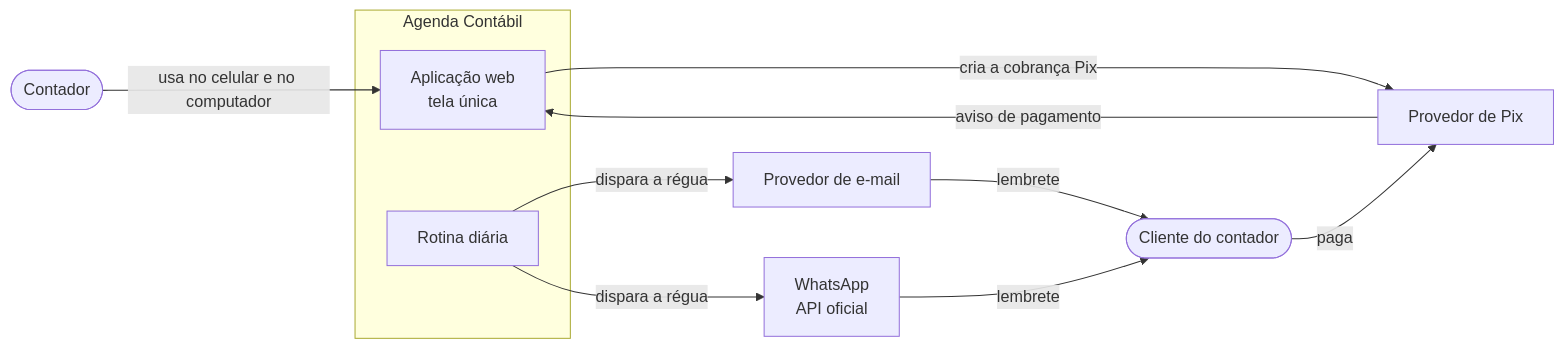
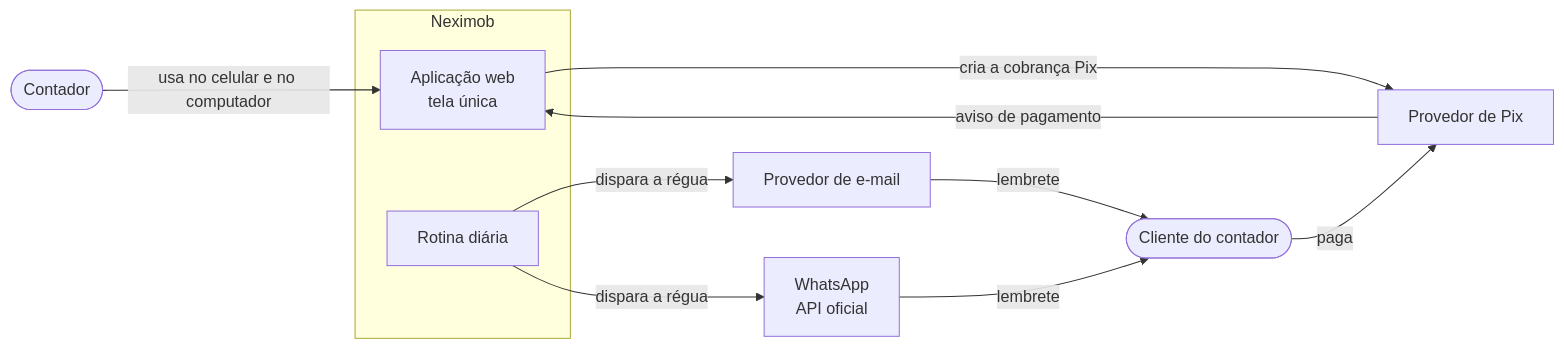
One commit to 77mdias/neximob changed the first of 2 diagrams in docs/SRS.md. Above: the diagram before and after it, drawn with Mermaid. The commit also changed other lines of this file and 15 other files, not shown here.

````diff
--- a/docs/SRS.md
+++ b/docs/SRS.md
@@ -87,21 +87,21 @@
 ```mermaid
 flowchart LR
     CONT(["Contador"])
     CLI(["Cliente do contador"])
-    subgraph SIS["Agenda Contábil"]
+    subgraph SIS["Neximob"]
         APP["Aplicação web<br/>tela única"]
         ROT["Rotina diária"]
     end
     EMAIL["Provedor de e-mail"]
     WPP["WhatsApp<br/>API oficial"]
     PIX["Provedor de Pix"]
 
     CONT -- "usa no celular e no computador" --> APP
     ROT -- "dispara a régua" --> EMAIL
     ROT -- "dispara a régua" --> WPP
     EMAIL -- "lembrete" --> CLI
     WPP -- "lembrete" --> CLI
     APP -- "cria a cobrança Pix" --> PIX
     CLI -- "paga" --> PIX
     PIX -- "aviso de pagamento" --> APP
 ```
````
